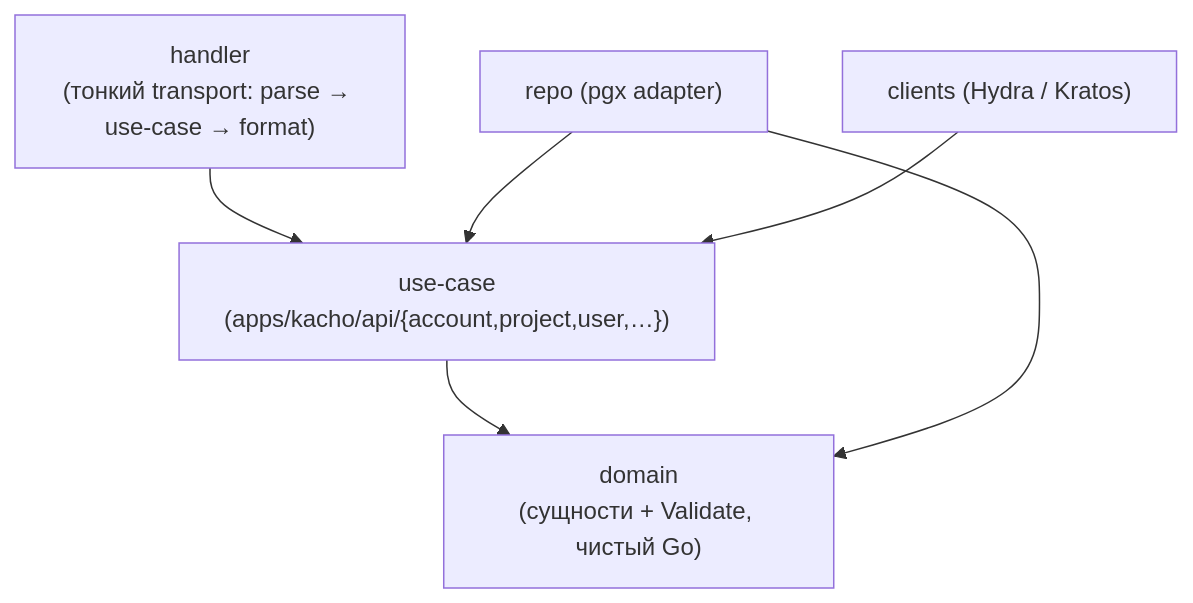
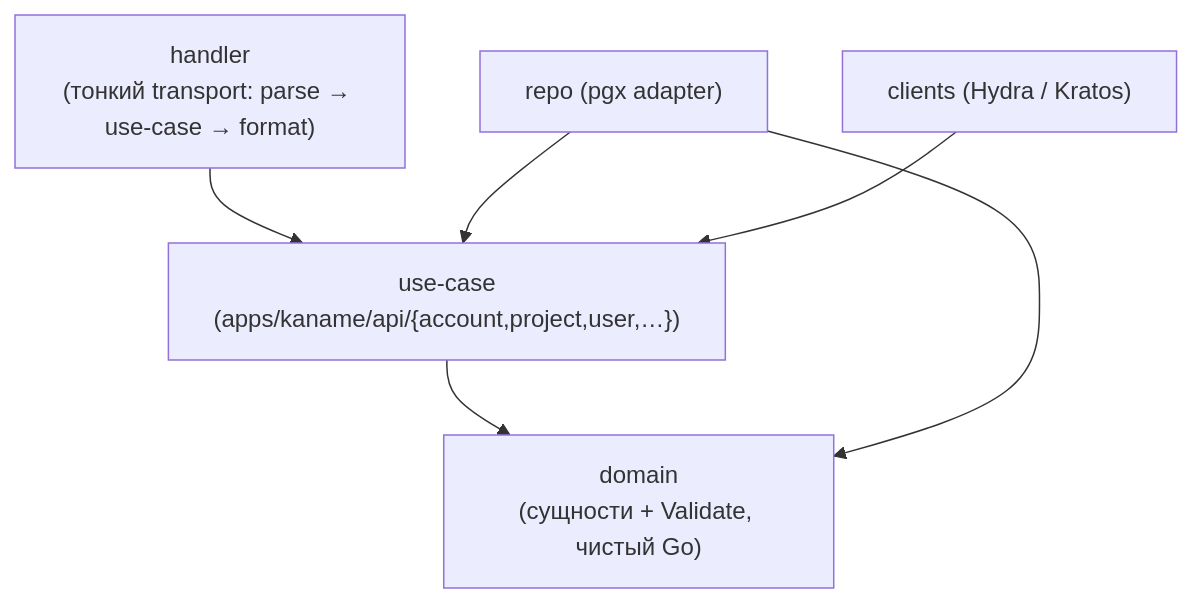
Before and after one commit to PRO-Robotech/kacho: the first of 2 diagrams in services/iam/docs/content/architecture/overview.mdx, drawn with Mermaid. The commit also changed other lines of this file and 5005 other files, not shown here.

````diff
--- a/services/iam/docs/content/architecture/overview.mdx
+++ b/services/iam/docs/content/architecture/overview.mdx
@@ -21,8 +21,8 @@
 ```mermaid
 flowchart TD
-  handler["handler<br/>(тонкий transport: parse → use-case → format)"] --> uc["use-case<br/>(apps/kacho/api/{account,project,user,…})"]
+  handler["handler<br/>(тонкий transport: parse → use-case → format)"] --> uc["use-case<br/>(apps/kaname/api/{account,project,user,…})"]
   repo["repo (pgx adapter)"] --> uc
   clients["clients (Hydra / Kratos)"] --> uc
   uc --> domain["domain<br/>(сущности + Validate, чистый Go)"]
   repo --> domain
 ```
````
